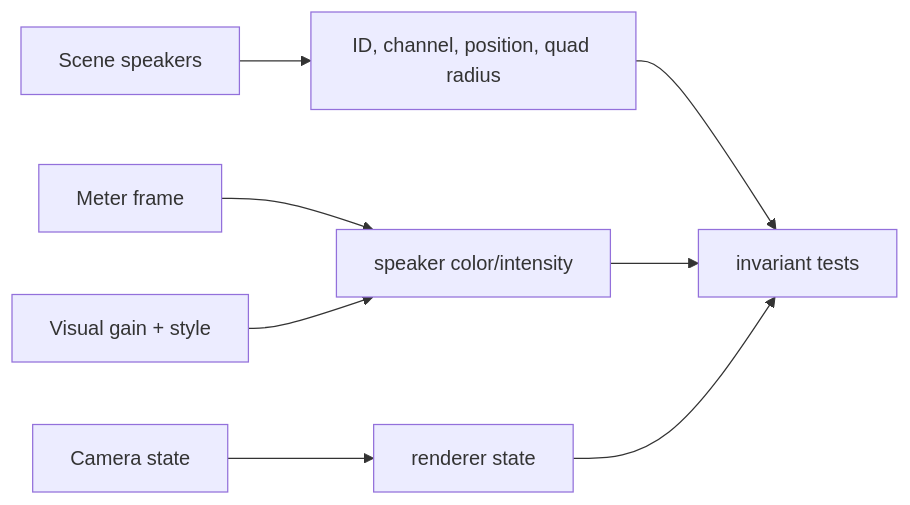
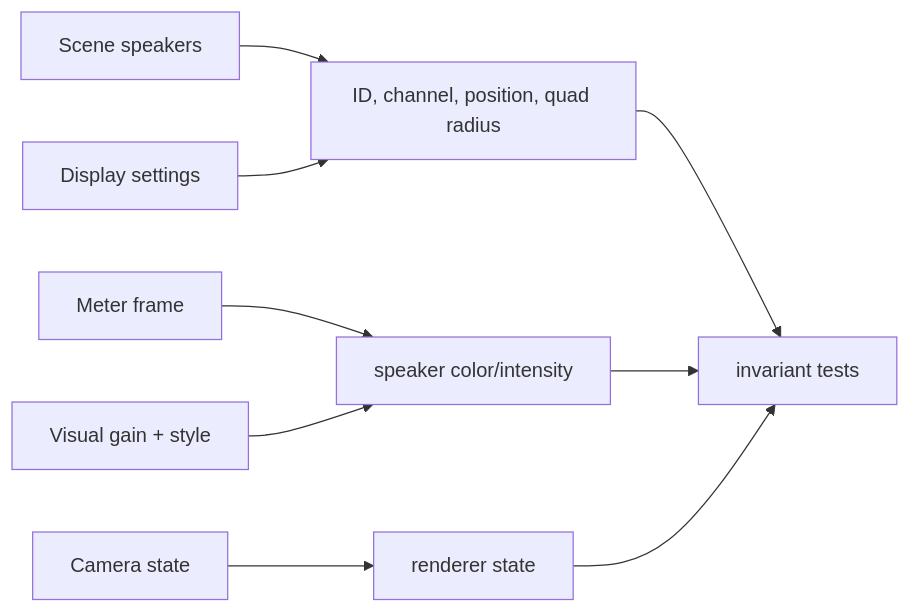
One commit to jebagu/orbital-view changed the sixth of 10 diagrams in docs/system-flows.md. Above: the diagram before and after it, drawn with Mermaid. The commit also changed other lines of this file and 34 other files, not shown here.

````diff
--- a/docs/system-flows.md
+++ b/docs/system-flows.md
@@ -67,10 +70,11 @@
 ```mermaid
 flowchart LR
   Scene["Scene speakers"] --> StaticInputs["ID, channel, position, quad radius"]
   Meter["Meter frame"] --> ColorInputs["speaker color/intensity"]
   Settings["Visual gain + style"] --> ColorInputs
+  Display["Display settings"] --> StaticInputs
   Camera["Camera state"] --> State["renderer state"]
   StaticInputs --> Tests["invariant tests"]
   ColorInputs --> Tests
   State --> Tests
 ```
````
